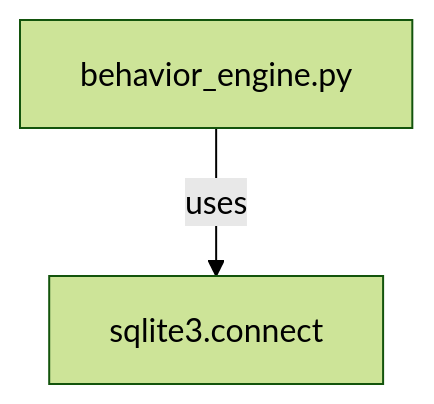
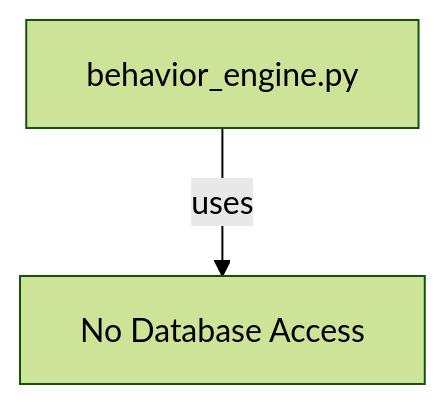
Diagram 11 of 14 in docs/reports/Program_5_3B_Dependency_Graph.md (simcitysocial97-dev/ClariFin_OS), drawn with Mermaid (forest theme) before and after one commit. The commit also changed other lines of this file and 62 other files, not shown here.

````diff
--- a/docs/reports/Program_5_3B_Dependency_Graph.md
+++ b/docs/reports/Program_5_3B_Dependency_Graph.md
@@ -144,4 +149,4 @@
 ```mermaid
 graph TD
-    A[behavior_engine.py] -->|uses| B[sqlite3.connect]
+    A[behavior_engine.py] -->|uses| B[No Database Access]
 ```
````
